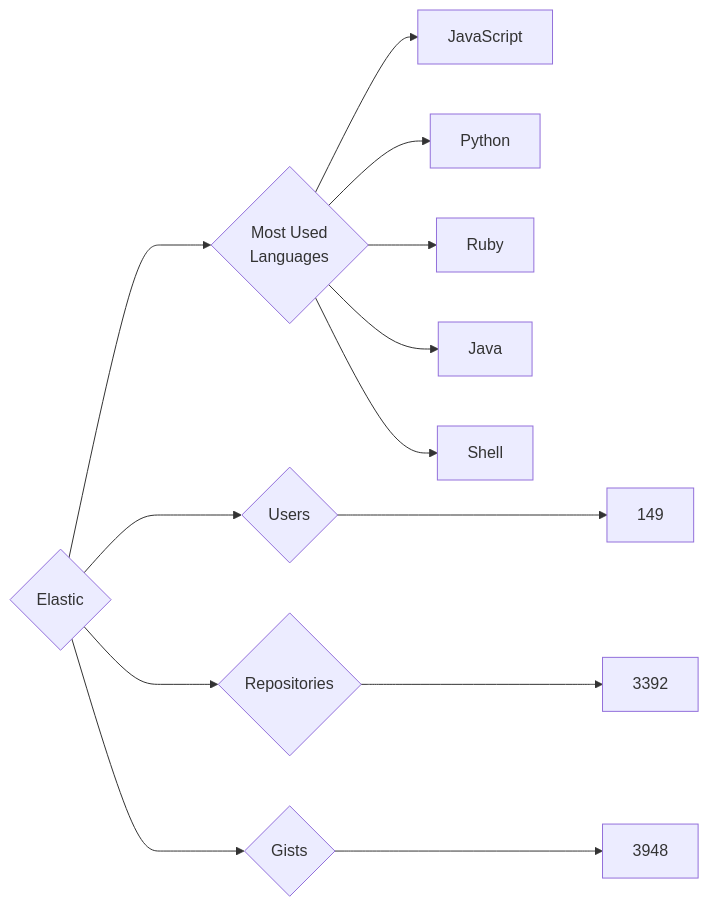
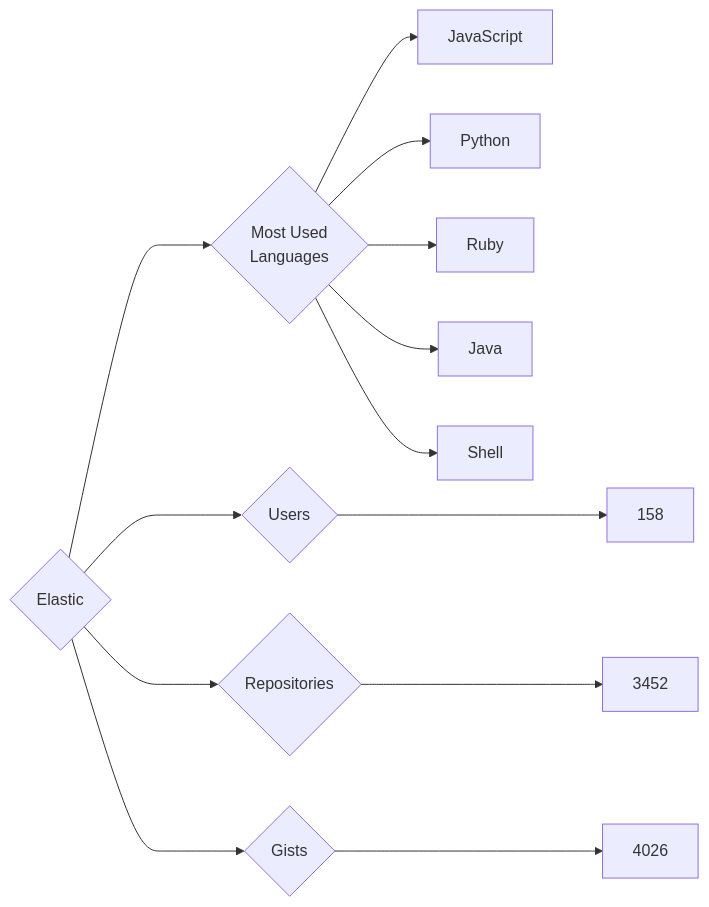
Before and after one commit to trickest/insiders: the diagram in targets/Elastic/README.md, drawn with Mermaid. The commit also changed 688 other files, not shown here.

````diff
--- a/targets/Elastic/README.md
+++ b/targets/Elastic/README.md
@@ -3,13 +3,13 @@
 ```mermaid
 graph LR
 COMPANY_NAME{Elastic}
-COMPANY_NAME ---> U{Users} ---> UN[149]
-COMPANY_NAME ---> R{Repositories} ---> RN[3392]
-COMPANY_NAME ---> G{Gists} ---> GN[3948]
+COMPANY_NAME ---> U{Users} ---> UN[158]
+COMPANY_NAME ---> R{Repositories} ---> RN[3452]
+COMPANY_NAME ---> G{Gists} ---> GN[4026]
 COMPANY_NAME ---> ML{Most Used<br>Languages}
 ML --> JavaScript[JavaScript]
 ML --> Python[Python]
 ML --> Ruby[Ruby]
 ML --> Java[Java]
 ML --> Shell[Shell]
 ```
````
